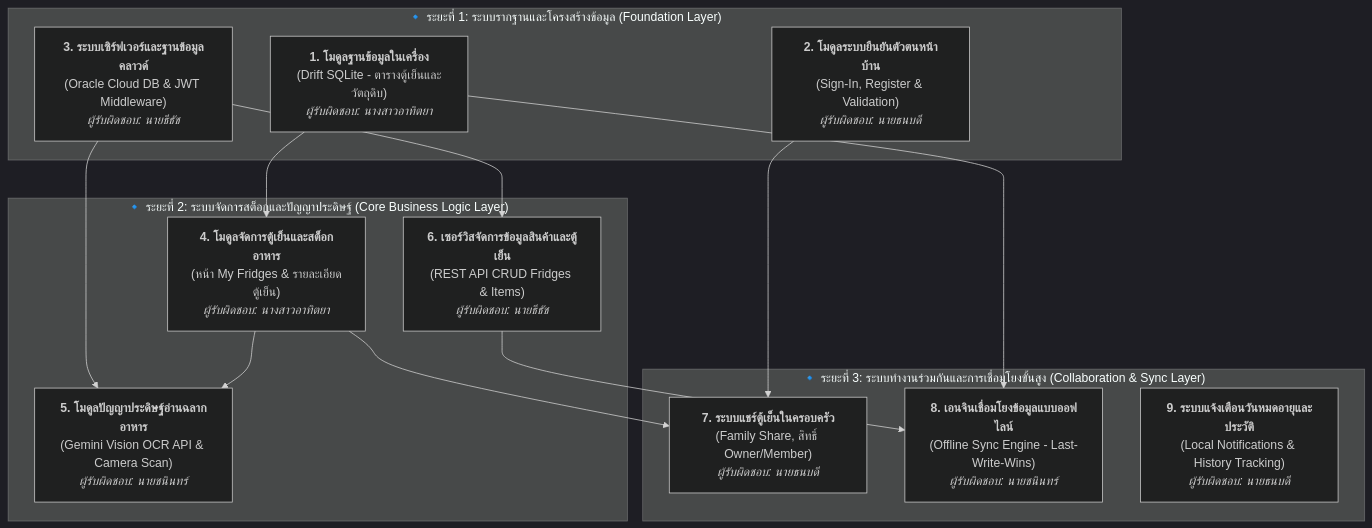
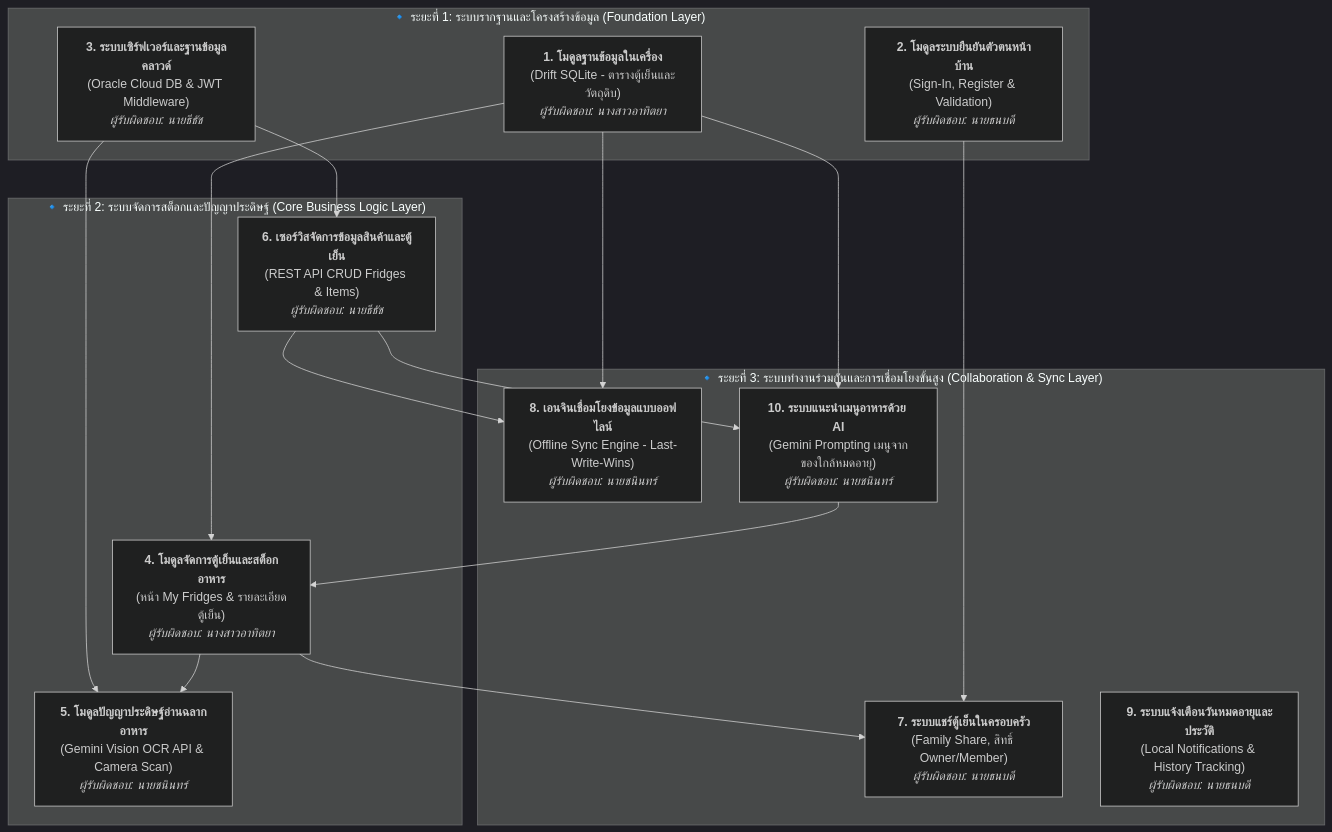
Before and after one commit to Tanabordi/FM-EAA: the second of 2 diagrams in docs/TASKS.md, drawn with Mermaid (dark theme). The commit also changed other lines of this file and 2 other files, not shown here.

````diff
--- a/docs/TASKS.md
+++ b/docs/TASKS.md
@@ -45,29 +45,33 @@
 ```mermaid
 flowchart TD
     subgraph P1 ["🔹 ระยะที่ 1: ระบบรากฐานและโครงสร้างข้อมูล (Foundation Layer)"]
         M_LocalDB["<b>1. โมดูลฐานข้อมูลในเครื่อง</b><br/>(Drift SQLite - ตารางตู้เย็นและวัตถุดิบ)<br/><i>ผู้รับผิดชอบ: นางสาวอาทิตยา</i>"]
         M_AuthFlow["<b>2. โมดูลระบบยืนยันตัวตนหน้าบ้าน</b><br/>(Sign-In, Register & Validation)<br/><i>ผู้รับผิดชอบ: นายธนบดี</i>"]
         M_BackendCore["<b>3. ระบบเซิร์ฟเวอร์และฐานข้อมูลคลาวด์</b><br/>(Oracle Cloud DB & JWT Middleware)<br/><i>ผู้รับผิดชอบ: นายธีธัช</i>"]
     end
 
     subgraph P2 ["🔹 ระยะที่ 2: ระบบจัดการสต็อกและปัญญาประดิษฐ์ (Core Business Logic Layer)"]
         M_FridgeUI["<b>4. โมดูลจัดการตู้เย็นและสต็อกอาหาร</b><br/>(หน้า My Fridges & รายละเอียดตู้เย็น)<br/><i>ผู้รับผิดชอบ: นางสาวอาทิตยา</i>"]
         M_AIScan["<b>5. โมดูลปัญญาประดิษฐ์อ่านฉลากอาหาร</b><br/>(Gemini Vision OCR API & Camera Scan)<br/><i>ผู้รับผิดชอบ: นายชนินทร์</i>"]
         M_BackendCRUD["<b>6. เซอร์วิสจัดการข้อมูลสินค้าและตู้เย็น</b><br/>(REST API CRUD Fridges & Items)<br/><i>ผู้รับผิดชอบ: นายธีธัช</i>"]
     end
 
     subgraph P3 ["🔹 ระยะที่ 3: ระบบทำงานร่วมกันและการเชื่อมโยงขั้นสูง (Collaboration & Sync Layer)"]
         M_Family["<b>7. ระบบแชร์ตู้เย็นในครอบครัว</b><br/>(Family Share, สิทธิ์ Owner/Member)<br/><i>ผู้รับผิดชอบ: นายธนบดี</i>"]
         M_Sync["<b>8. เอนจินเชื่อมโยงข้อมูลแบบออฟไลน์</b><br/>(Offline Sync Engine - Last-Write-Wins)<br/><i>ผู้รับผิดชอบ: นายชนินทร์</i>"]
         M_Noti["<b>9. ระบบแจ้งเตือนวันหมดอายุและประวัติ</b><br/>(Local Notifications & History Tracking)<br/><i>ผู้รับผิดชอบ: นายธนบดี</i>"]
+        M_AIRecipe["<b>10. ระบบแนะนำเมนูอาหารด้วย AI</b><br/>(Gemini Prompting เมนูจากของใกล้หมดอายุ)<br/><i>ผู้รับผิดชอบ: นายชนินทร์</i>"]
     end
 
     M_LocalDB --> M_FridgeUI
     M_AuthFlow --> M_Family
     M_BackendCore --> M_AIScan
     M_BackendCore --> M_BackendCRUD
     M_FridgeUI --> M_AIScan
     M_FridgeUI --> M_Family
     M_BackendCRUD --> M_Sync
     M_LocalDB --> M_Sync
+    M_LocalDB --> M_AIRecipe
+    M_BackendCRUD --> M_AIRecipe
+    M_AIRecipe --> M_FridgeUI
 ```
````
